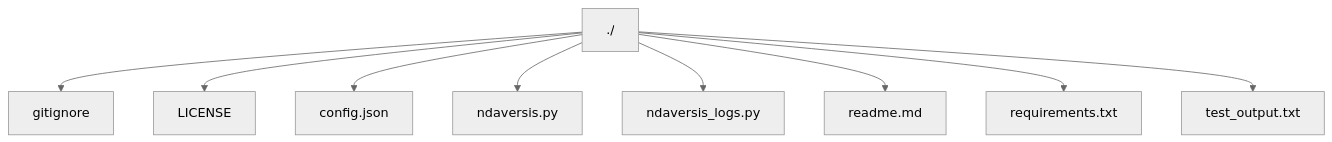
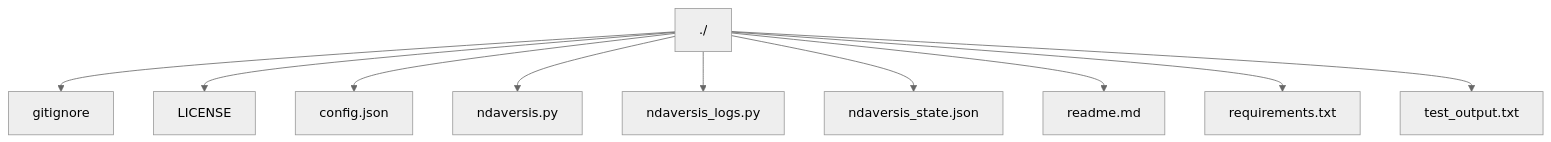
Before and after one commit to lystwork/ndaversis: the third of 3 diagrams in readme.md, drawn with Mermaid (neutral theme). The commit also changed other lines of this file and 2 other files, not shown here.

````diff
--- a/readme.md
+++ b/readme.md
@@ -200,12 +232,13 @@
 ```mermaid
 graph TD
     Root[./]
     Root --> node_gitignore["gitignore"]
     Root --> node_LICENSE["LICENSE"]
     Root --> node_config_json["config.json"]
     Root --> node_ndaversis_py["ndaversis.py"]
     Root --> node_ndaversis_logs_py["ndaversis_logs.py"]
+    Root --> node_ndaversis_state_json["ndaversis_state.json"]
     Root --> node_readme_md["readme.md"]
     Root --> node_requirements_txt["requirements.txt"]
     Root --> node_test_output_txt["test_output.txt"]
 ```
````
